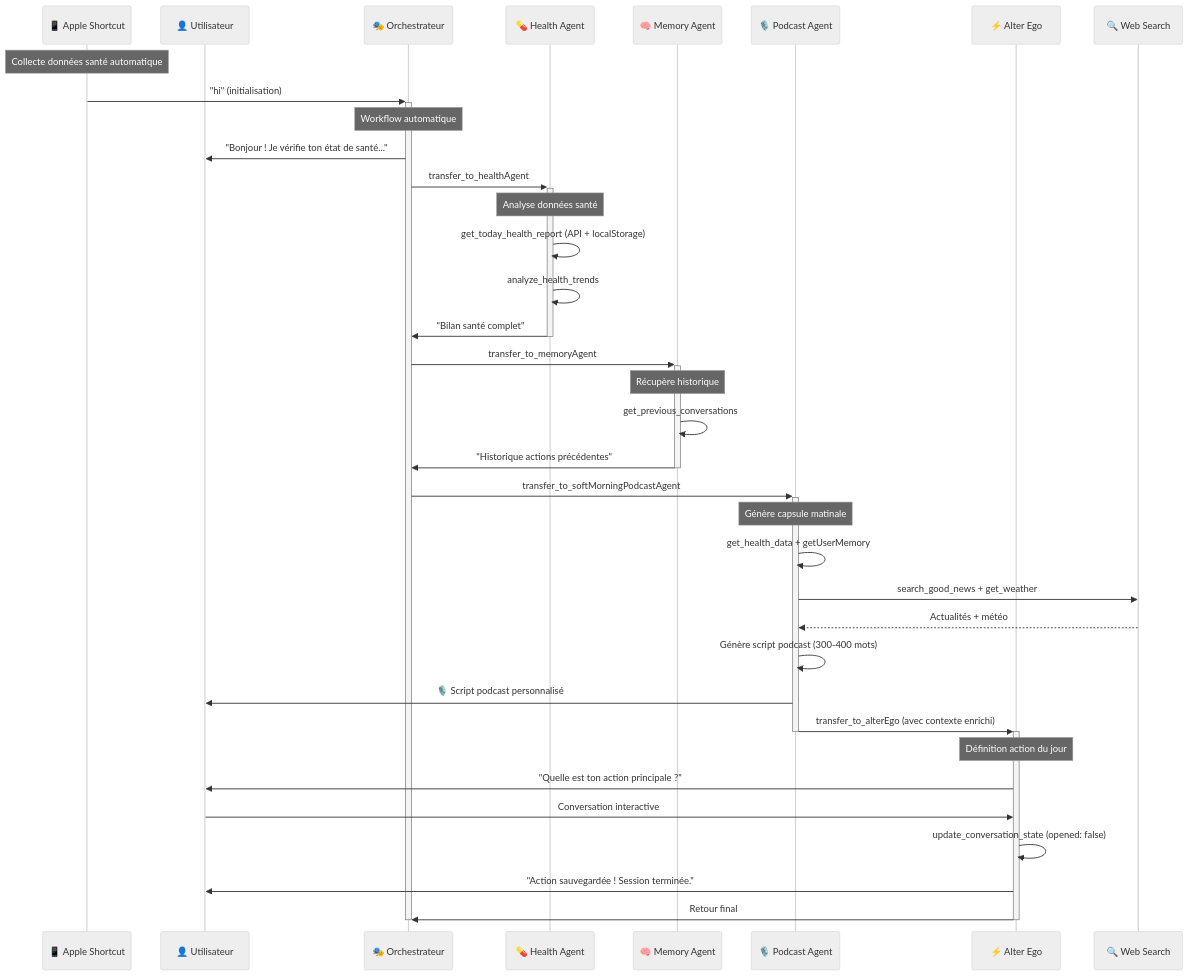
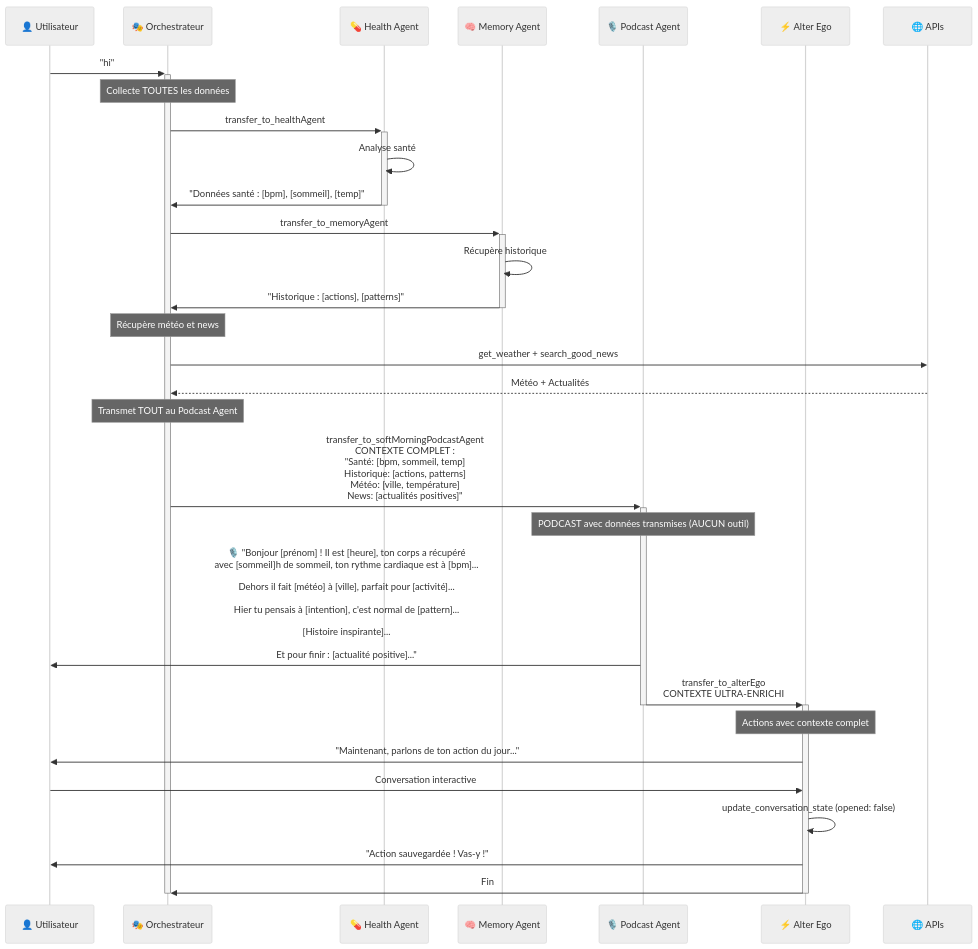
One commit to ai-driven-dev/viva-le-hack changed the diagram in docs/interactions.mermaid. Above: the diagram before and after it, drawn with Mermaid (neutral theme). The commit also changed 8 other files, not shown here.

Commit message:
feat: enhance health and memory agents with new action management tools

```diff
--- a/docs/interactions.mermaid
+++ b/docs/interactions.mermaid
@@ -1,44 +1,40 @@
 sequenceDiagram
-    participant AS as 📱 Apple Shortcut
     participant U as 👤 Utilisateur  
     participant O as 🎭 Orchestrateur
     participant H as 💊 Health Agent
     participant M as 🧠 Memory Agent
     participant P as 🎙️ Podcast Agent
     participant A as ⚡ Alter Ego
-    participant WS as 🔍 Web Search
+    participant API as 🌐 APIs
 
-    Note over AS: Collecte données santé automatique
-    AS->>+O: "hi" (initialisation)
+    U->>+O: "hi"
     
-    Note over O: Workflow automatique
-    O->>U: "Bonjour ! Je vérifie ton état de santé..."
+    Note over O: Collecte TOUTES les données
     O->>+H: transfer_to_healthAgent
+    H->>H: Analyse santé
+    H->>-O: "Données santé : [bpm], [sommeil], [temp]"
+
+    O->>+M: transfer_to_memoryAgent
+    M->>M: Récupère historique
+    M->>-O: "Historique : [actions], [patterns]"
+
+    Note over O: Récupère météo et news
+    O->>API: get_weather + search_good_news
+    API-->>O: Météo + Actualités
+
+    Note over O: Transmet TOUT au Podcast Agent
+    O->>+P: transfer_to_softMorningPodcastAgent<br/>CONTEXTE COMPLET :<br/>"Santé: [bpm, sommeil, temp]<br/>Historique: [actions, patterns]<br/>Météo: [ville, température]<br/>News: [actualités positives]"
     
-    Note over H: Analyse données santé
-    H->>H: get_today_health_report (API + localStorage)
-    H->>H: analyze_health_trends
-    H->>-O: "Bilan santé complet"
+    Note over P: PODCAST avec données transmises (AUCUN outil)
+    P->>U: 🎙️ "Bonjour [prénom] ! Il est [heure], ton corps a récupéré<br/>avec [sommeil]h de sommeil, ton rythme cardiaque est à [bpm]...<br/><br/>Dehors il fait [météo] à [ville], parfait pour [activité]...<br/><br/>Hier tu pensais à [intention], c'est normal de [pattern]...<br/><br/>[Histoire inspirante]...<br/><br/>Et pour finir : [actualité positive]..."
     
-    O->>+M: transfer_to_memoryAgent  
-    Note over M: Récupère historique
-    M->>M: get_previous_conversations
-    M->>-O: "Historique actions précédentes"
-    
-    O->>+P: transfer_to_softMorningPodcastAgent
-    Note over P: Génère capsule matinale
-    P->>P: get_health_data + getUserMemory
-    P->>WS: search_good_news + get_weather
-    WS-->>P: Actualités + météo
-    P->>P: Génère script podcast (300-400 mots)
-    P->>U: 🎙️ Script podcast personnalisé
-    P->>+A: transfer_to_alterEgo (avec contexte enrichi)
+    P->>+A: transfer_to_alterEgo<br/>CONTEXTE ULTRA-ENRICHI
     deactivate P
     
-    Note over A: Définition action du jour
-    A->>U: "Quelle est ton action principale ?"
+    Note over A: Actions avec contexte complet
+    A->>U: "Maintenant, parlons de ton action du jour..."
     U->>A: Conversation interactive
     A->>A: update_conversation_state (opened: false)
-    A->>U: "Action sauvegardée ! Session terminée."
-    A->>-O: Retour final
+    A->>U: "Action sauvegardée ! Vas-y !"
+    A->>-O: Fin
     deactivate O
```
